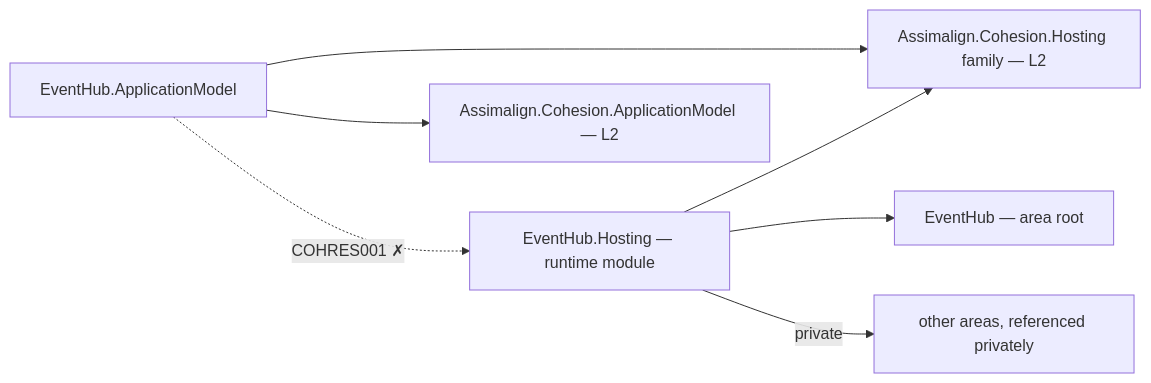
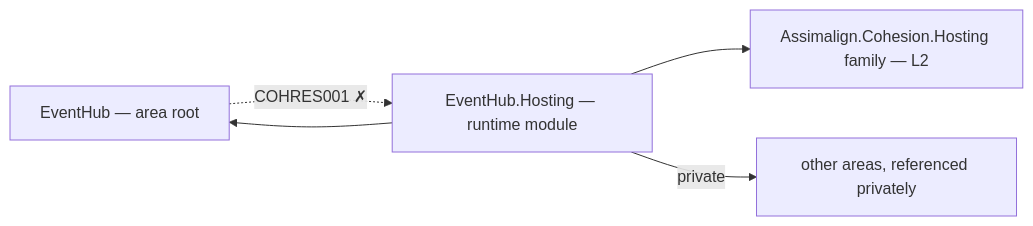
One commit to assimalign/cohesion changed the diagram in resources/EventHub/README.md. Above: the diagram before and after it, drawn with Mermaid. The commit also changed other lines of this file and 441 other files, not shown here.

````diff
--- a/resources/EventHub/README.md
+++ b/resources/EventHub/README.md
@@ -12,15 +12,11 @@
 ```mermaid
 flowchart LR
     P0["EventHub — area root"]
-    P1["EventHub.ApplicationModel"]
     P2["EventHub.Hosting — runtime module"]
     HOSTFAM["Assimalign.Cohesion.Hosting family — L2"]
-    APPMODEL["Assimalign.Cohesion.ApplicationModel — L2"]
     PRIV["other areas, referenced privately"]
-    P1 --> APPMODEL
-    P1 --> HOSTFAM
     P2 --> P0
     P2 --> HOSTFAM
     P2 -->|"private"| PRIV
-    P1 -.->|"COHRES001 ✗"| P2
+    P0 -.->|"COHRES001 ✗"| P2
 ```
````
